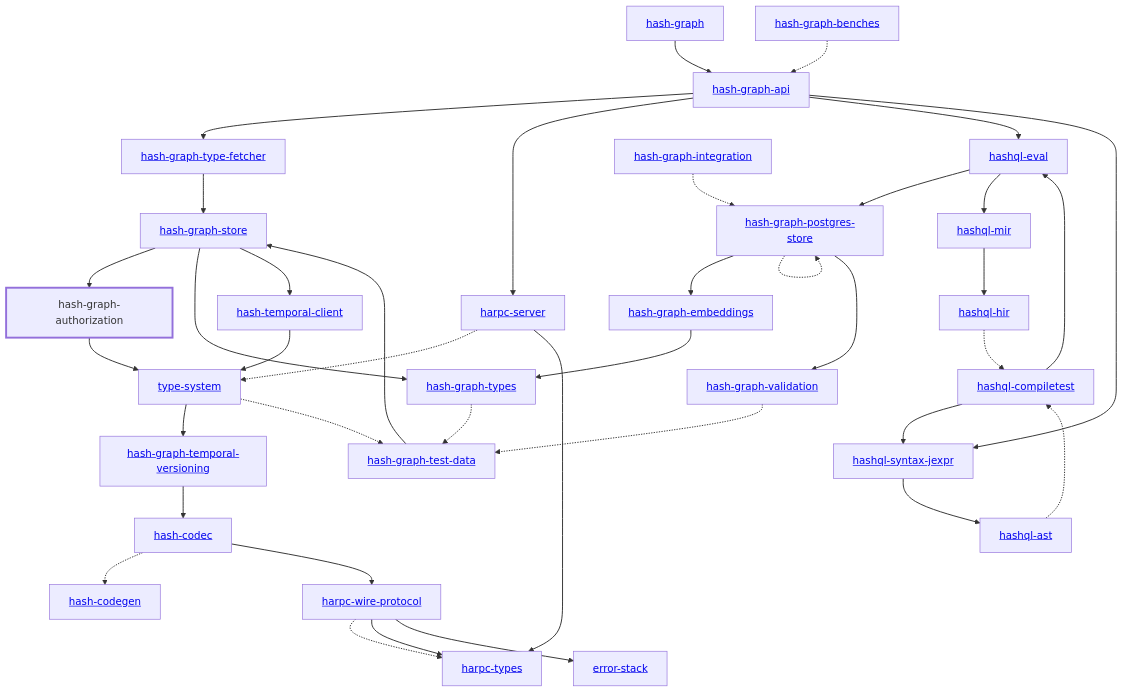
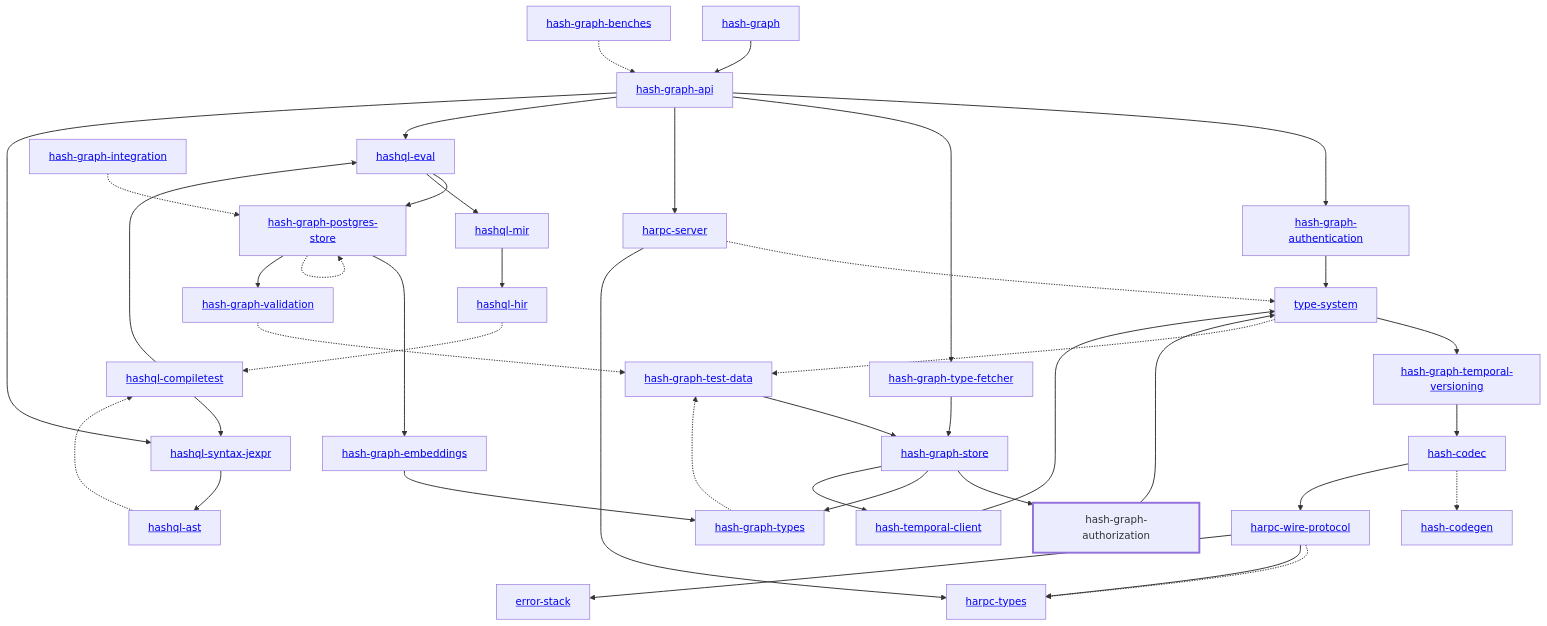
The diagram in libs/@local/graph/authorization/docs/dependency-diagram.mmd (hashintel/hash), drawn with Mermaid before and after one commit. The commit also changed 12 other files, not shown here.

Commit message:
Generate dependency diagrams

```diff
--- a/libs/@local/graph/authorization/docs/dependency-diagram.mmd
+++ b/libs/@local/graph/authorization/docs/dependency-diagram.mmd
@@ -1,76 +1,79 @@
 graph TD
     linkStyle default stroke-width:1.5px
     classDef default stroke-width:1px
     classDef root stroke-width:3px
     classDef dev stroke-width:1px
     classDef build stroke-width:1px
     %% Legend
     %% --> : Normal dependency
     %% -.-> : Dev dependency
     %% ---> : Build dependency
     0[<a href="../hash_graph/index.html">hash-graph</a>]
     1[<a href="../type_system/index.html">type-system</a>]
     2[<a href="../hash_codec/index.html">hash-codec</a>]
     3[<a href="../hash_codegen/index.html">hash-codegen</a>]
     4[<a href="../hash_graph_api/index.html">hash-graph-api</a>]
-    5[hash-graph-authorization]
-    class 5 root
-    6[<a href="../hash_graph_embeddings/index.html">hash-graph-embeddings</a>]
-    7[<a href="../hash_graph_postgres_store/index.html">hash-graph-postgres-store</a>]
-    8[<a href="../hash_graph_store/index.html">hash-graph-store</a>]
-    9[<a href="../hash_graph_temporal_versioning/index.html">hash-graph-temporal-versioning</a>]
-    10[<a href="../hash_graph_type_fetcher/index.html">hash-graph-type-fetcher</a>]
-    11[<a href="../hash_graph_types/index.html">hash-graph-types</a>]
-    12[<a href="../hash_graph_validation/index.html">hash-graph-validation</a>]
-    13[<a href="../harpc_server/index.html">harpc-server</a>]
-    14[<a href="../harpc_types/index.html">harpc-types</a>]
-    15[<a href="../harpc_wire_protocol/index.html">harpc-wire-protocol</a>]
-    16[<a href="../hashql_ast/index.html">hashql-ast</a>]
-    17[<a href="../hashql_compiletest/index.html">hashql-compiletest</a>]
-    18[<a href="../hashql_eval/index.html">hashql-eval</a>]
-    19[<a href="../hashql_hir/index.html">hashql-hir</a>]
-    20[<a href="../hashql_mir/index.html">hashql-mir</a>]
-    21[<a href="../hashql_syntax_jexpr/index.html">hashql-syntax-jexpr</a>]
-    22[<a href="../hash_temporal_client/index.html">hash-temporal-client</a>]
-    23[<a href="../error_stack/index.html">error-stack</a>]
-    24[<a href="../hash_graph_benches/index.html">hash-graph-benches</a>]
-    25[<a href="../hash_graph_integration/index.html">hash-graph-integration</a>]
-    26[<a href="../hash_graph_test_data/index.html">hash-graph-test-data</a>]
+    5[<a href="../hash_graph_authentication/index.html">hash-graph-authentication</a>]
+    6[hash-graph-authorization]
+    class 6 root
+    7[<a href="../hash_graph_embeddings/index.html">hash-graph-embeddings</a>]
+    8[<a href="../hash_graph_postgres_store/index.html">hash-graph-postgres-store</a>]
+    9[<a href="../hash_graph_store/index.html">hash-graph-store</a>]
+    10[<a href="../hash_graph_temporal_versioning/index.html">hash-graph-temporal-versioning</a>]
+    11[<a href="../hash_graph_type_fetcher/index.html">hash-graph-type-fetcher</a>]
+    12[<a href="../hash_graph_types/index.html">hash-graph-types</a>]
+    13[<a href="../hash_graph_validation/index.html">hash-graph-validation</a>]
+    14[<a href="../harpc_server/index.html">harpc-server</a>]
+    15[<a href="../harpc_types/index.html">harpc-types</a>]
+    16[<a href="../harpc_wire_protocol/index.html">harpc-wire-protocol</a>]
+    17[<a href="../hashql_ast/index.html">hashql-ast</a>]
+    18[<a href="../hashql_compiletest/index.html">hashql-compiletest</a>]
+    19[<a href="../hashql_eval/index.html">hashql-eval</a>]
+    20[<a href="../hashql_hir/index.html">hashql-hir</a>]
+    21[<a href="../hashql_mir/index.html">hashql-mir</a>]
+    22[<a href="../hashql_syntax_jexpr/index.html">hashql-syntax-jexpr</a>]
+    23[<a href="../hash_temporal_client/index.html">hash-temporal-client</a>]
+    24[<a href="../error_stack/index.html">error-stack</a>]
+    25[<a href="../hash_graph_benches/index.html">hash-graph-benches</a>]
+    26[<a href="../hash_graph_integration/index.html">hash-graph-integration</a>]
+    27[<a href="../hash_graph_test_data/index.html">hash-graph-test-data</a>]
     0 --> 4
-    1 --> 9
-    1 -.-> 26
+    1 --> 10
+    1 -.-> 27
     2 -.-> 3
-    2 --> 15
-    4 --> 10
-    4 --> 13
-    4 --> 18
-    4 --> 21
+    2 --> 16
+    4 --> 5
+    4 --> 11
+    4 --> 14
+    4 --> 19
+    4 --> 22
     5 --> 1
-    6 --> 11
-    7 --> 6
-    7 -.-> 7
+    6 --> 1
     7 --> 12
-    8 --> 5
-    8 --> 11
-    8 --> 22
-    9 --> 2
-    10 --> 8
-    11 -.-> 26
-    12 -.-> 26
-    13 -.-> 1
-    13 --> 14
-    15 -.-> 14
-    15 --> 14
-    15 --> 23
-    16 -.-> 17
-    17 --> 18
-    17 --> 21
-    18 --> 7
-    18 --> 20
-    19 -.-> 17
-    20 --> 19
-    21 --> 16
-    22 --> 1
-    24 -.-> 4
-    25 -.-> 7
-    26 --> 8
+    8 --> 7
+    8 -.-> 8
+    8 --> 13
+    9 --> 6
+    9 --> 12
+    9 --> 23
+    10 --> 2
+    11 --> 9
+    12 -.-> 27
+    13 -.-> 27
+    14 -.-> 1
+    14 --> 15
+    16 -.-> 15
+    16 --> 15
+    16 --> 24
+    17 -.-> 18
+    18 --> 19
+    18 --> 22
+    19 --> 8
+    19 --> 21
+    20 -.-> 18
+    21 --> 20
+    22 --> 17
+    23 --> 1
+    25 -.-> 4
+    26 -.-> 8
+    27 --> 9
```
